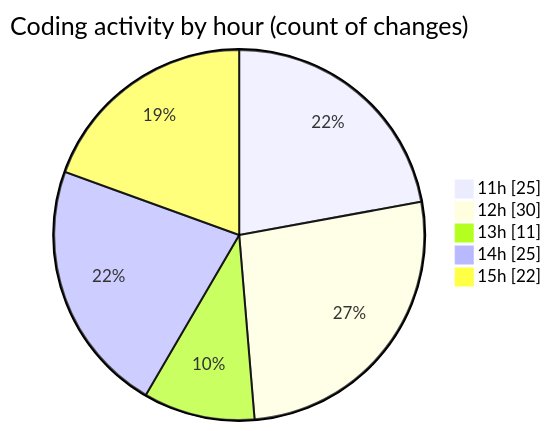
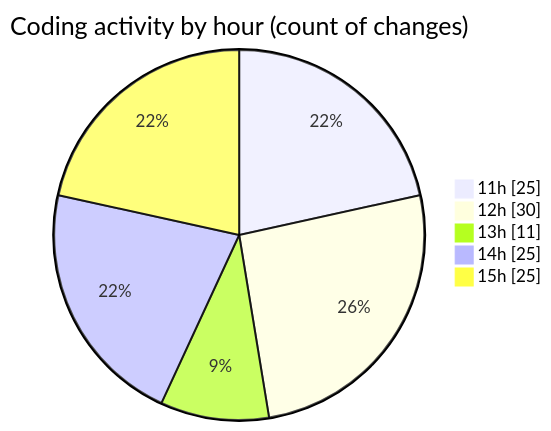
One commit to nxtqubesakshisongat/code-tracking changed the second of 2 diagrams in 2025-08-13/nxtqube_webapp/README.md. Above: the diagram before and after it, drawn with Mermaid. The commit also changed other lines of this file and 1 other file, not shown here.

````diff
--- a/2025-08-13/nxtqube_webapp/README.md
+++ b/2025-08-13/nxtqube_webapp/README.md
@@ -35,9 +35,9 @@
 ```mermaid
 pie showData
 title Coding activity by hour (count of changes)
 "11h" : 25
 "12h" : 30
 "13h" : 11
 "14h" : 25
-"15h" : 22
+"15h" : 25
 ```
````
